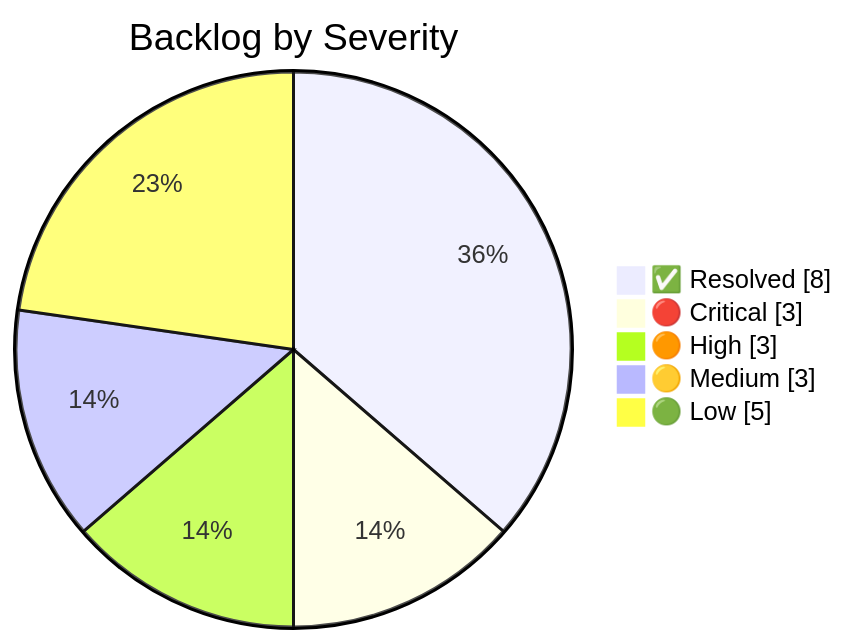
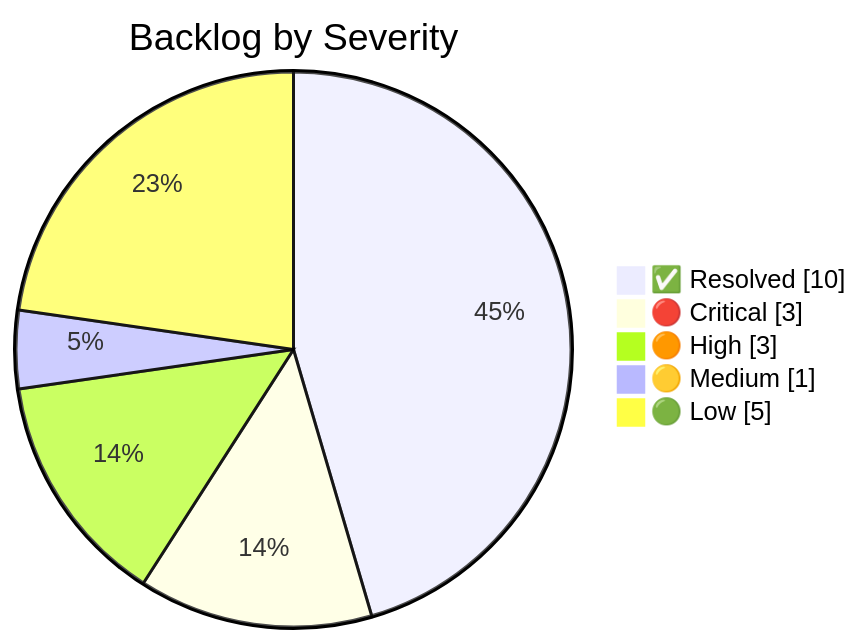
One commit to anurag-joshi-1403/StudentManagementSystem changed the fifth of 5 diagrams in PROJECT_ROADMAP.md. Above: the diagram before and after it, drawn with Mermaid. The commit also changed other lines of this file, not shown here.

Commit message:
update PROJECT_ROADMAP.md with new metrics and verification date

````diff
--- a/PROJECT_ROADMAP.md
+++ b/PROJECT_ROADMAP.md
@@ -622,9 +625,9 @@
 ```mermaid
 pie showData
     title Backlog by Severity
-    "✅ Resolved" : 8
+    "✅ Resolved" : 10
     "🔴 Critical" : 3
     "🟠 High" : 3
-    "🟡 Medium" : 3
+    "🟡 Medium" : 1
     "🟢 Low" : 5
 ```
````
